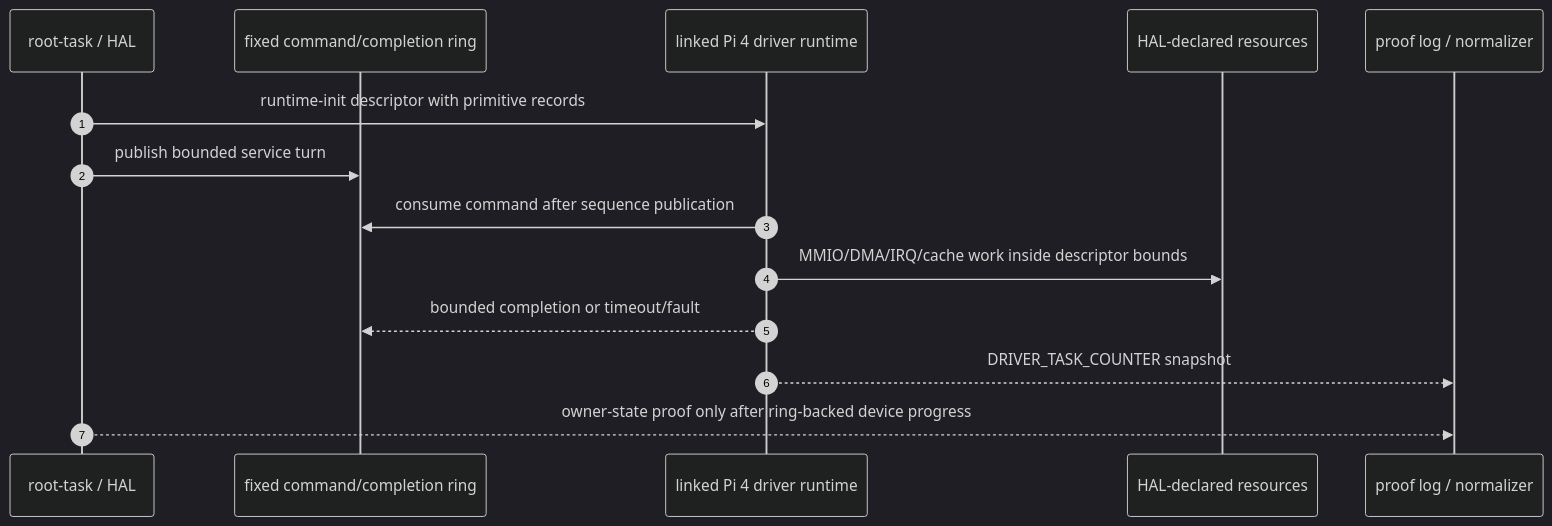
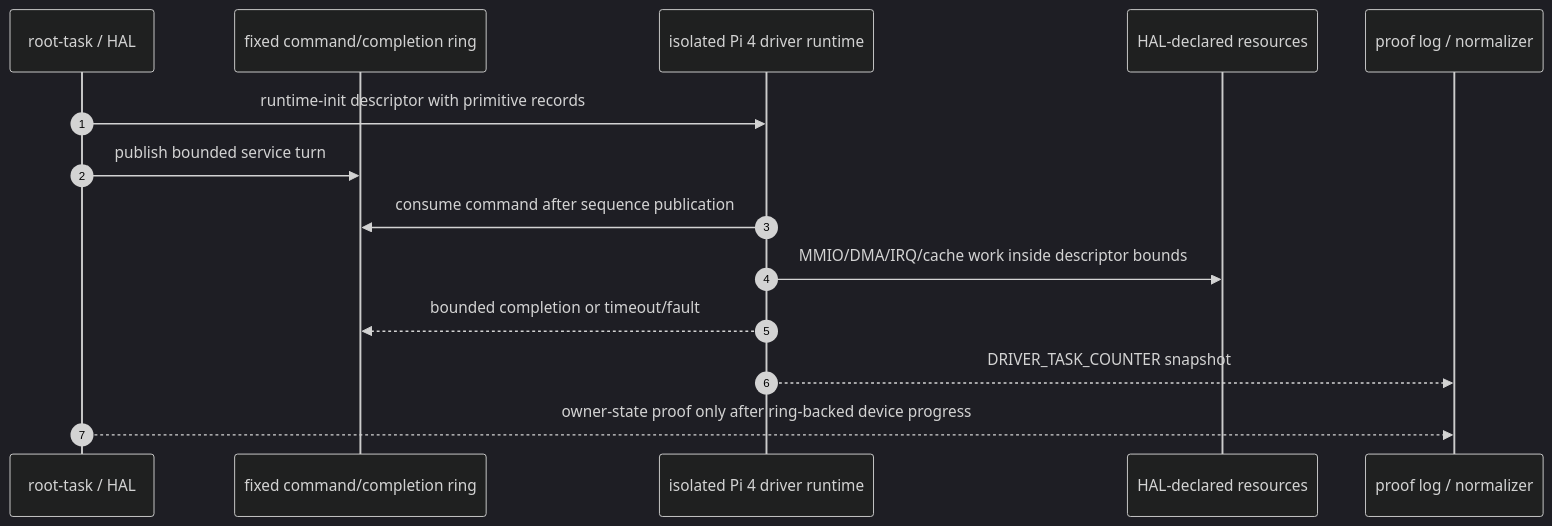
The third of 6 diagrams in docs/ARCHITECTURE.md (lukeb-aidev/cohesix), drawn with Mermaid (dark theme) before and after one commit. The commit also changed other lines of this file and 53 other files, not shown here.

Commit message:
Align docs, codegen, and tests with build charter

````diff
--- a/docs/ARCHITECTURE.md
+++ b/docs/ARCHITECTURE.md
@@ -273,17 +273,17 @@
 ```mermaid
 sequenceDiagram
   autonumber
   participant Root as root-task / HAL
   participant Ring as fixed command/completion ring
-  participant Runtime as linked Pi 4 driver runtime
+  participant Runtime as isolated Pi 4 driver runtime
   participant Device as HAL-declared resources
   participant Evidence as proof log / normalizer
 
   Root->>Runtime: runtime-init descriptor with primitive records
   Root->>Ring: publish bounded service turn
   Runtime->>Ring: consume command after sequence publication
   Runtime->>Device: MMIO/DMA/IRQ/cache work inside descriptor bounds
   Runtime-->>Ring: bounded completion or timeout/fault
   Runtime-->>Evidence: DRIVER_TASK_COUNTER snapshot
   Root-->>Evidence: owner-state proof only after ring-backed device progress
 ```
````
